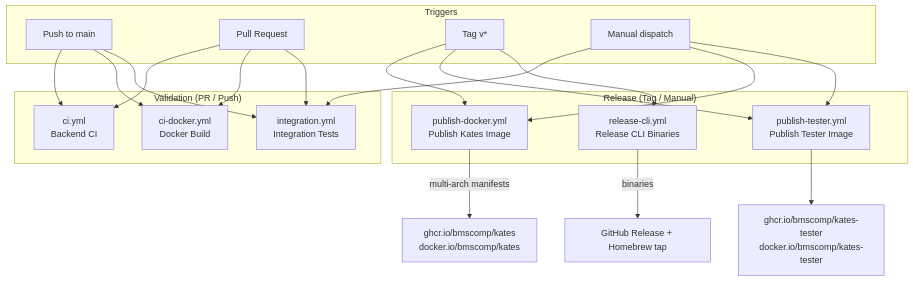
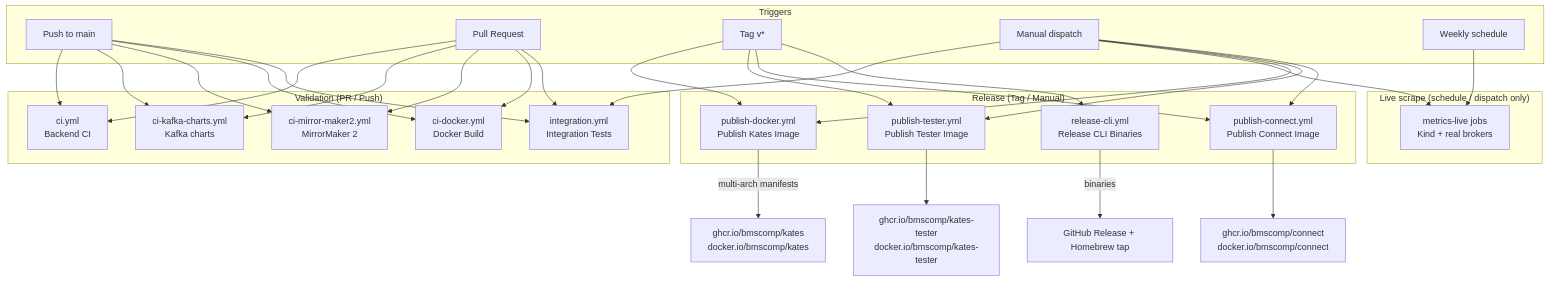
Before and after one commit to actions-marketplace-validations/bmscomp_kates: the first of 2 diagrams in docs/book/appendix-c-cicd.md, drawn with Mermaid. The commit also changed other lines of this file and 284 other files, not shown here.

````diff
--- a/docs/book/appendix-c-cicd.md
+++ b/docs/book/appendix-c-cicd.md
@@ -7,38 +9,55 @@
 ```mermaid
 graph TB
     subgraph Triggers
         Push[Push to main]
         PR[Pull Request]
         Tag[Tag v*]
         Manual[Manual dispatch]
+        Sched[Weekly schedule]
     end
 
     subgraph Validation["Validation (PR / Push)"]
         CI[ci.yml<br/>Backend CI]
+        CIK[ci-kafka-charts.yml<br/>Kafka charts]
+        CIM[ci-mirror-maker2.yml<br/>MirrorMaker 2]
         CID[ci-docker.yml<br/>Docker Build]
         INT[integration.yml<br/>Integration Tests]
+    end
+
+    subgraph Live["Live scrape (schedule / dispatch only)"]
+        ML[metrics-live jobs<br/>Kind + real brokers]
     end
 
     subgraph Release["Release (Tag / Manual)"]
         PD[publish-docker.yml<br/>Publish Kates Image]
         PT[publish-tester.yml<br/>Publish Tester Image]
+        PC[publish-connect.yml<br/>Publish Connect Image]
         RC[release-cli.yml<br/>Release CLI Binaries]
     end
 
     Push --> CI
     PR --> CI
+    Push --> CIK
+    PR --> CIK
+    Push --> CIM
+    PR --> CIM
     Push --> CID
     PR --> CID
     Push --> INT
     PR --> INT
     Manual --> INT
+    Sched --> ML
+    Manual --> ML
     Tag --> PD
     Manual --> PD
     Tag --> PT
     Manual --> PT
+    Tag --> PC
+    Manual --> PC
     Tag --> RC
 
     PD -->|"multi-arch manifests"| Registry["ghcr.io/bmscomp/kates<br/>docker.io/bmscomp/kates"]
     PT --> Registry2["ghcr.io/bmscomp/kates-tester<br/>docker.io/bmscomp/kates-tester"]
+    PC --> Registry3["ghcr.io/bmscomp/connect<br/>docker.io/bmscomp/connect"]
     RC -->|"binaries"| GHR["GitHub Release + Homebrew tap"]
 ```
````
